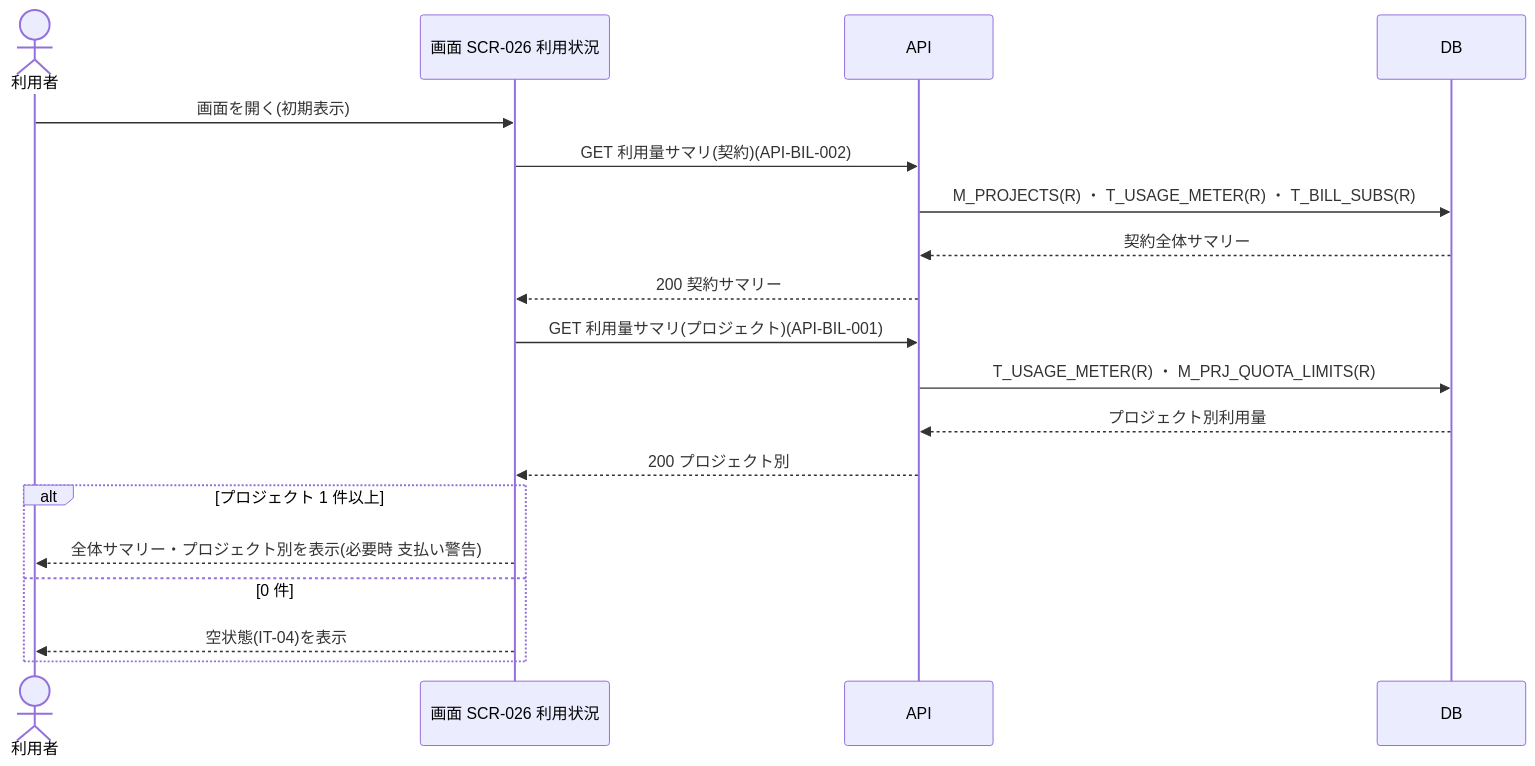
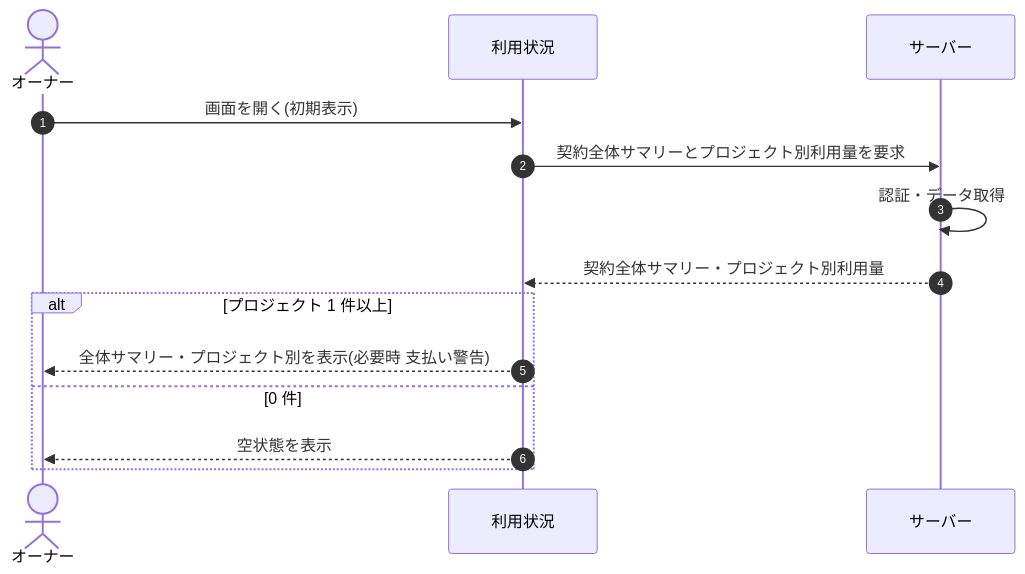
Before and after one commit to sikakou54/open-faq: the diagram in 02_basic_design/05_sequences/SEQ-069.md, drawn with Mermaid. The commit also changed other lines of this file and 108 other files, not shown here.

First line of the commit message:
基本設計: シーケンス図を基本設計粒度(ユーザー/画面/サーバー)へ再編成

````diff
--- a/02_basic_design/05_sequences/SEQ-069.md
+++ b/02_basic_design/05_sequences/SEQ-069.md
@@ -25,21 +32,16 @@
 ```mermaid
 sequenceDiagram
-  actor U as 利用者
-  participant S as 画面 SCR-026 利用状況
-  participant API as API
-  participant DB as DB
-  U->>S: 画面を開く(初期表示)
-  S->>API: GET 利用量サマリ(契約)(API-BIL-002)
-  API->>DB: M_PROJECTS(R) ・ T_USAGE_METER(R) ・ T_BILL_SUBS(R)
-  DB-->>API: 契約全体サマリー
-  API-->>S: 200 契約サマリー
-  S->>API: GET 利用量サマリ(プロジェクト)(API-BIL-001)
-  API->>DB: T_USAGE_METER(R) ・ M_PRJ_QUOTA_LIMITS(R)
-  DB-->>API: プロジェクト別利用量
-  API-->>S: 200 プロジェクト別
+  autonumber
+  actor U as オーナー
+  participant Screen as 利用状況
+  participant Server as サーバー
+  U->>Screen: 画面を開く(初期表示)
+  Screen->>Server: 契約全体サマリーとプロジェクト別利用量を要求
+  Server->>Server: 認証・データ取得
+  Server-->>Screen: 契約全体サマリー・プロジェクト別利用量
   alt プロジェクト 1 件以上
-    S-->>U: 全体サマリー・プロジェクト別を表示(必要時 支払い警告)
+    Screen-->>U: 全体サマリー・プロジェクト別を表示(必要時 支払い警告)
   else 0 件
-    S-->>U: 空状態(IT-04)を表示
+    Screen-->>U: 空状態を表示
   end
 ```
````
